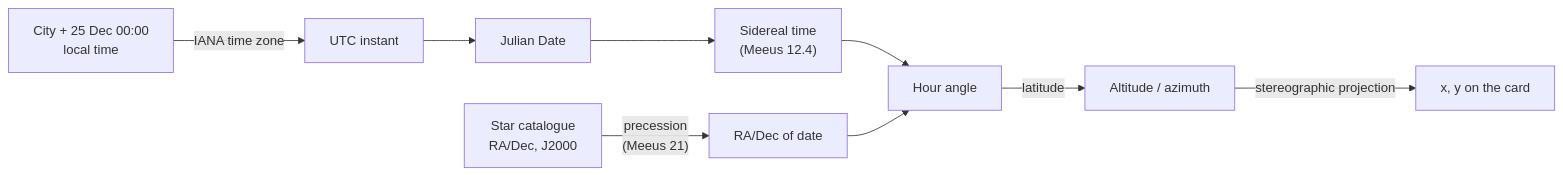
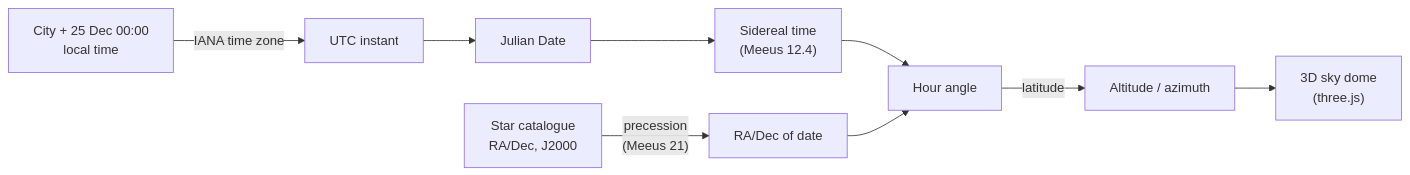
Before and after one commit to sayko89/starry-christmas: the diagram in README.md, drawn with Mermaid. The commit also changed other lines of this file and 12 other files, not shown here.

First line of the commit message:
End on the real sky: the camera turns to the chosen city's stars, names them, then writes the card

````diff
--- a/README.md
+++ b/README.md
@@ -62,11 +61,11 @@
 ```mermaid
 flowchart LR
     A["City + 25 Dec 00:00<br>local time"] -->|IANA time zone| B["UTC instant"]
     B --> C["Julian Date"]
     C --> D["Sidereal time<br>(Meeus 12.4)"]
     E["Star catalogue<br>RA/Dec, J2000"] -->|"precession<br>(Meeus 21)"| F["RA/Dec of date"]
     D --> G["Hour angle"]
     F --> G
     G -->|latitude| H["Altitude / azimuth"]
-    H -->|stereographic projection| I["x, y on the card"]
+    H --> I["3D sky dome<br>(three.js)"]
 ```
````
